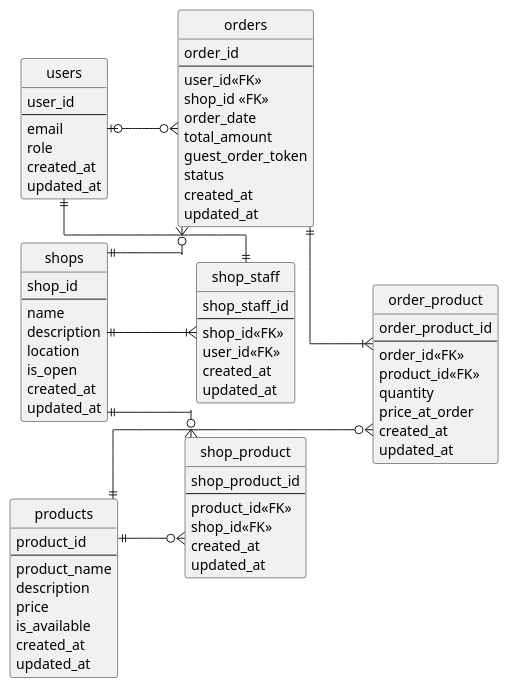
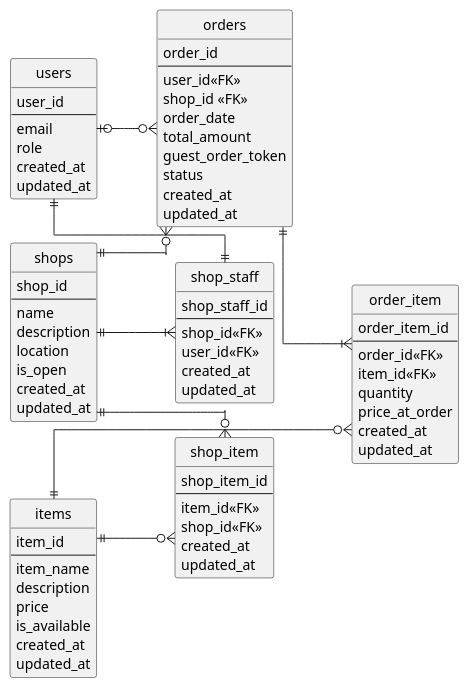
Before and after one commit to yamada-mikiya/A4-mobileorder: the diagram in backend/diagram.puml, drawn with PlantUML. The commit also changed 23 other files, not shown here.

```diff
--- a/backend/diagram.puml
+++ b/backend/diagram.puml
@@ -1,91 +1,91 @@
 @startuml mobileorder
 ' hide the spot
 hide circle
 
 ' avoid problems with angled crows feet
 skinparam linetype ortho
 left to right direction
 
 entity "users" as users {
   user_id
   --
   email
   role
   created_at
   updated_at
 }
 
 entity "orders" as orders {
   order_id
   --
   user_id<<FK>>
   shop_id <<FK>>
   order_date
   total_amount
   guest_order_token
   status
   created_at
   updated_at
 }
 
-entity "order_product" as order_product {
-  order_product_id
+entity "order_item" as order_item {
+  order_item_id
   --
   order_id<<FK>>
-  product_id<<FK>>
+  item_id<<FK>>
   quantity
   price_at_order
   created_at
   updated_at
 }
 
-entity "products" as products {
-  product_id
+entity "items" as items {
+  item_id
   --
-  product_name
+  item_name
   description
   price
   is_available
   created_at
   updated_at
 }
 
-entity "shop_product" as shop_product {
-  shop_product_id
+entity "shop_item" as shop_item {
+  shop_item_id
   --
-  product_id<<FK>>
+  item_id<<FK>>
   shop_id<<FK>>
   created_at
   updated_at
 }
 
 entity "shops" as shops {
   shop_id
   --
   name
   description
   location
   is_open
   created_at
   updated_at
 }
 
 entity "shop_staff" as shop_staff {
   shop_staff_id
   --
   shop_id<<FK>>
   user_id<<FK>>
   created_at
   updated_at
 }
 
 users ||--|| shop_staff
 users |o--o{ orders
-orders ||--|{ order_product
-products ||--o{ order_product
-products ||--o{ shop_product
-shops ||--o{ shop_product
+orders ||--|{ order_item
+items ||--o{ order_item
+items ||--o{ shop_item
+shops ||--o{ shop_item
 shops ||--o{ orders
 shops ||--|{ shop_staff
 
 @enduml
```
